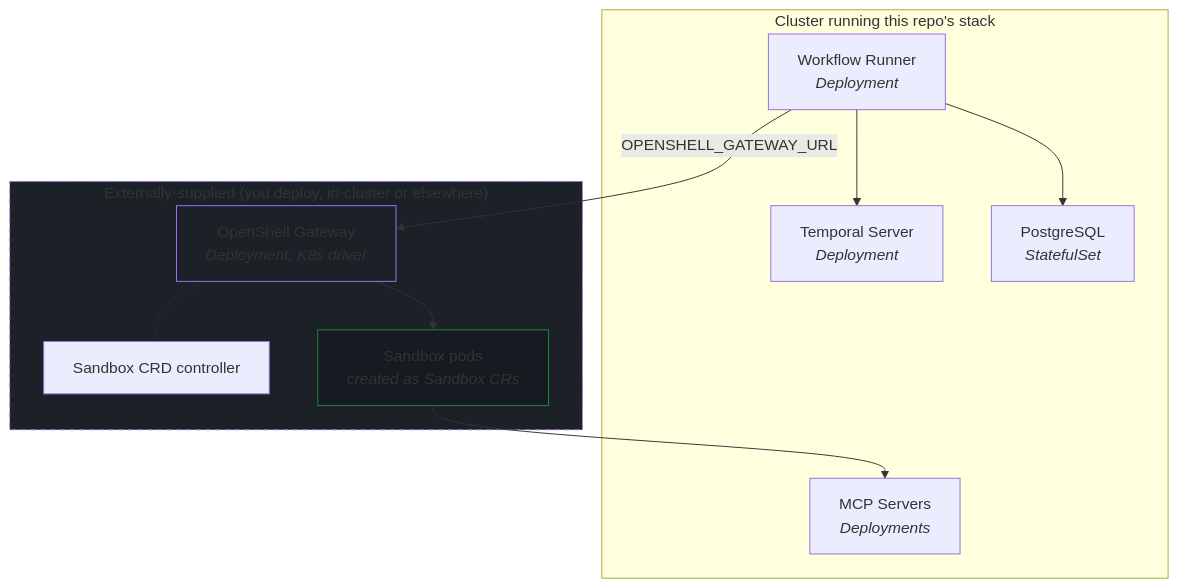
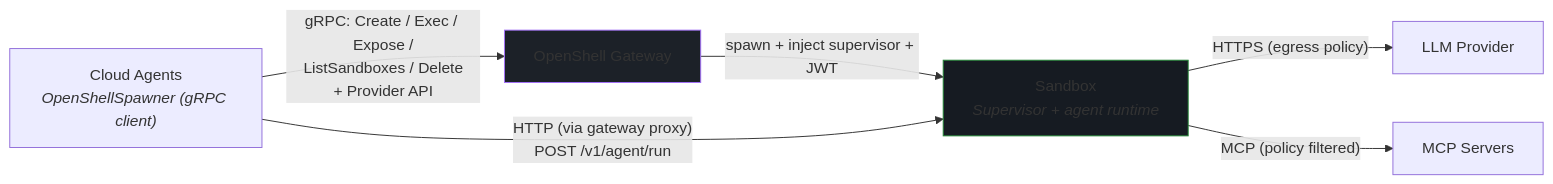
Before and after one commit to jameswnl/lightspeed-cloud-agents: the first of 3 diagrams in docs/architecture-with-openshell.md, drawn with Mermaid. The commit also changed other lines of this file, not shown here.

First line of the commit message:
Rewrite architecture-with-openshell.md around the client-gateway protocol

````diff
--- a/docs/architecture-with-openshell.md
+++ b/docs/architecture-with-openshell.md
@@ -126,25 +5,17 @@
 ```mermaid
-graph TD
-    subgraph cluster["Cluster running this repo's stack"]
-        TS["Temporal Server<br/><i>Deployment</i>"]
-        PG["PostgreSQL<br/><i>StatefulSet</i>"]
-        WR["Workflow Runner<br/><i>Deployment</i>"]
-        MCP["MCP Servers<br/><i>Deployments</i>"]
-    end
+graph LR
+    WR["Cloud Agents<br/><i>OpenShellSpawner (gRPC client)</i>"]
+    GW["OpenShell Gateway"]
+    SB["Sandbox<br/><i>Supervisor + agent runtime</i>"]
+    LLM["LLM Provider"]
+    MCP["MCP Servers"]
 
-    subgraph external["Externally-supplied (you deploy, in-cluster or elsewhere)"]
-        GW["OpenShell Gateway<br/><i>Deployment, K8s driver</i>"]
-        GW -.- CRD["Sandbox CRD controller"]
-        SB["Sandbox pods<br/><i>created as Sandbox CRs</i>"]
-    end
+    WR -- "gRPC: Create / Exec / Expose /<br/>ListSandboxes / Delete<br/>+ Provider API" --> GW
+    GW -- "spawn + inject supervisor + JWT" --> SB
+    WR -- "HTTP (via gateway proxy)<br/>POST /v1/agent/run" --> SB
+    SB -- "HTTPS (egress policy)" --> LLM
+    SB -- "MCP (policy filtered)" --> MCP
 
-    WR --> TS
-    WR --> PG
-    WR -- "OPENSHELL_GATEWAY_URL" --> GW
-    GW --> SB
-    SB --> MCP
-
-    style external fill:#1c2128,stroke:#a371f7,stroke-dasharray: 5 5
     style GW fill:#1c2128,stroke:#a371f7
     style SB fill:#161b22,stroke:#238636
 ```
````
